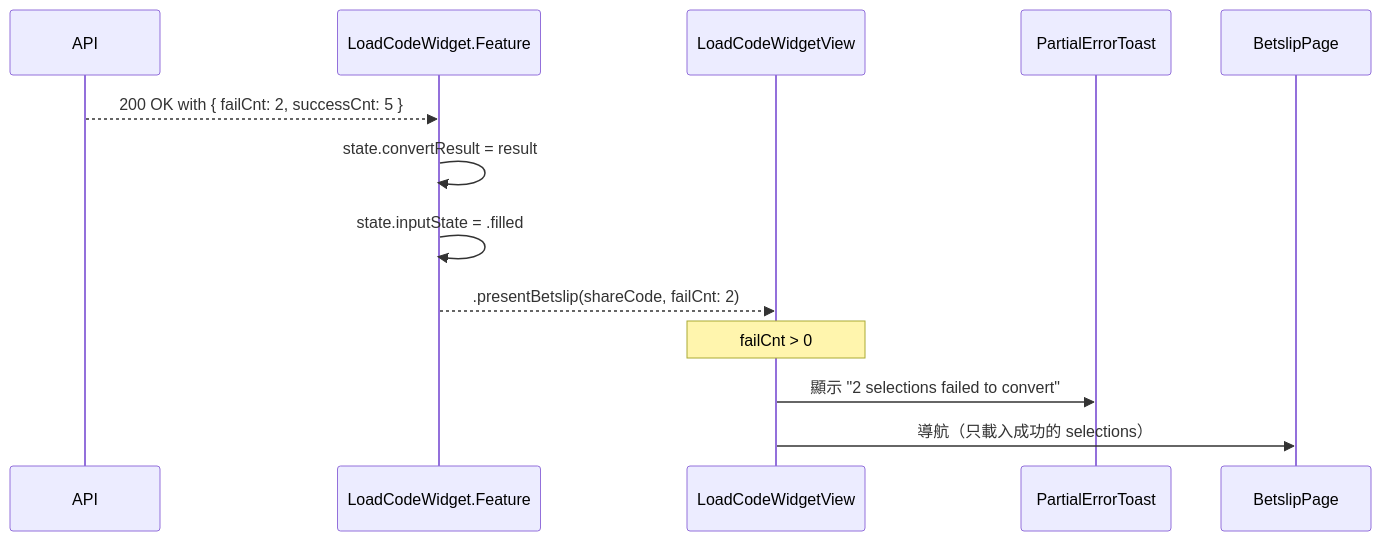
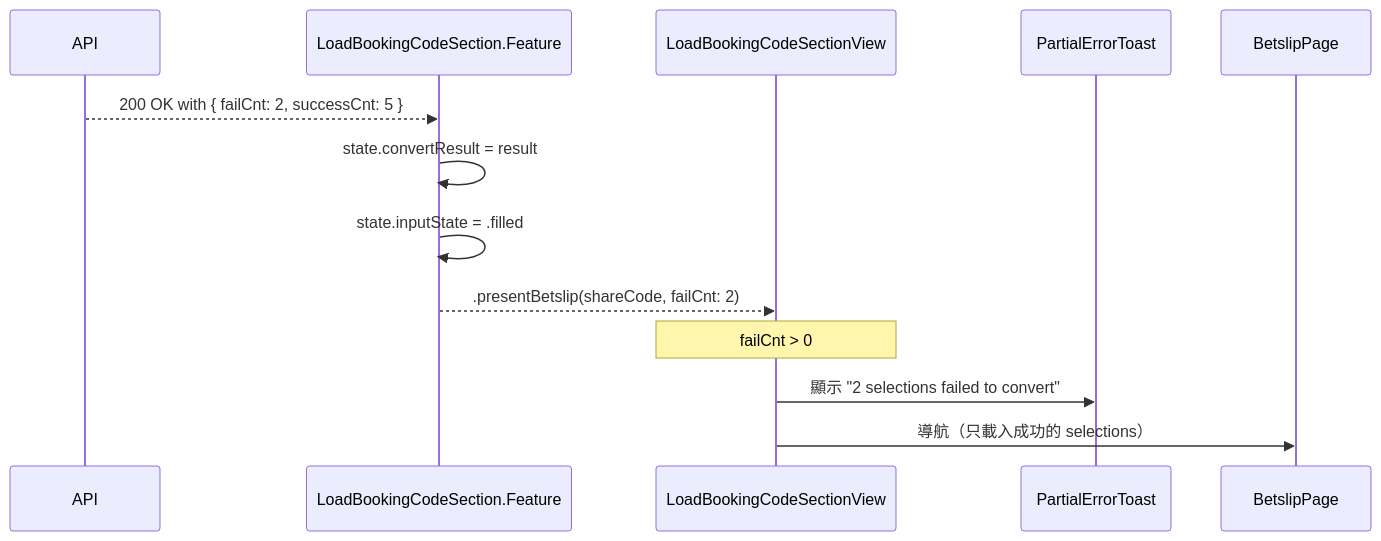
Before and after one commit to HsinChungHan/Code_Converter_TDD: the second of 3 diagrams in TDD/09_Error Handling/01_error_handling.md, drawn with Mermaid. The commit also changed other lines of this file and 38 other files, not shown here.

````diff
--- a/TDD/09_Error Handling/01_error_handling.md
+++ b/TDD/09_Error Handling/01_error_handling.md
@@ -96,20 +96,20 @@
 ```mermaid
 sequenceDiagram
     participant API as API
-    participant Feature as LoadCodeWidget.Feature
-    participant UI as LoadCodeWidgetView
+    participant Feature as LoadBookingCodeSection.Feature
+    participant UI as LoadBookingCodeSectionView
     participant Toast as PartialErrorToast
     participant Betslip as BetslipPage
 
     API-->>Feature: 200 OK with { failCnt: 2, successCnt: 5 }
     
     Feature->>Feature: state.convertResult = result
     Feature->>Feature: state.inputState = .filled
     
     Feature-->>UI: .presentBetslip(shareCode, failCnt: 2)
     
     Note over UI: failCnt > 0
     
     UI->>Toast: 顯示 "2 selections failed to convert"
     UI->>Betslip: 導航（只載入成功的 selections）
 ```
````
